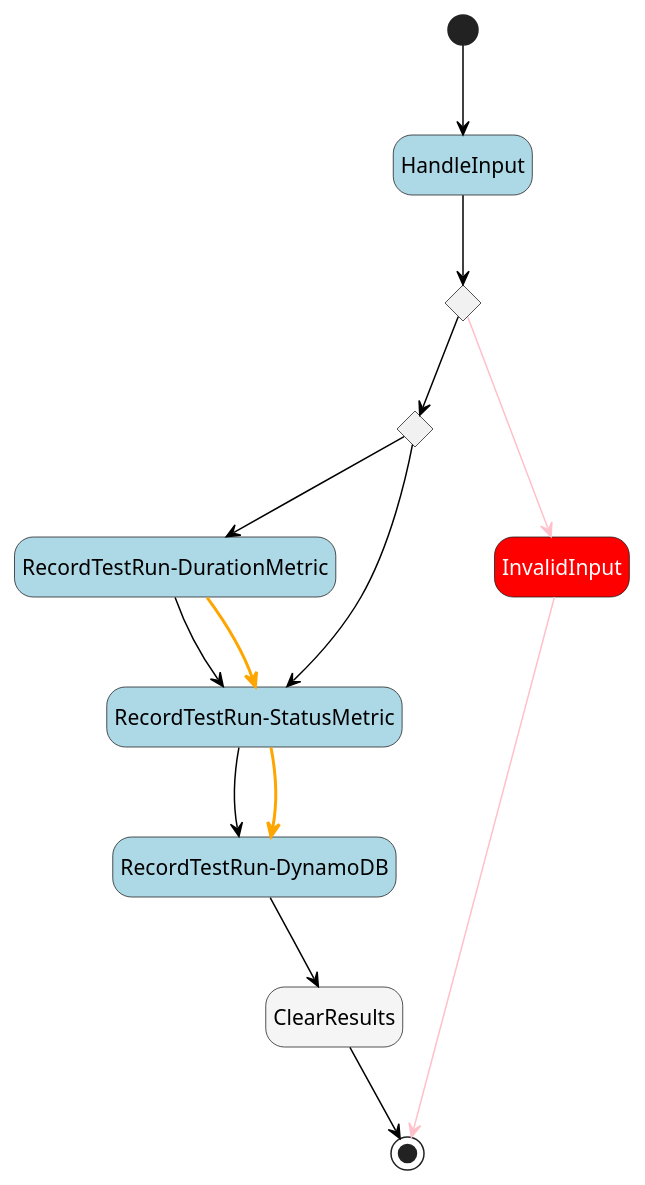
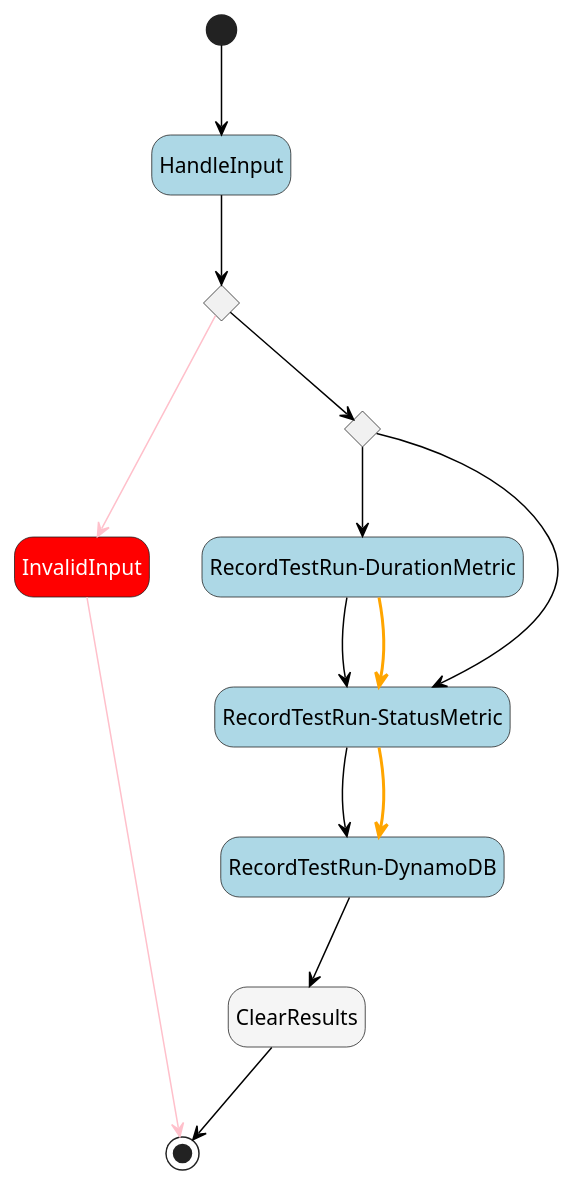
Before and after one commit to massfords/asl-puml: the diagram in src/__tests__/pumls/aws-example-test-result-recorder.asl.puml, drawn with PlantUML. The commit also changed other lines of this file and 10 other files, not shown here.

```diff
--- a/src/__tests__/pumls/aws-example-test-result-recorder.asl.puml
+++ b/src/__tests__/pumls/aws-example-test-result-recorder.asl.puml
@@ -1,40 +1,40 @@
 @startuml
 hide empty description
 skinparam ArrowColor #black
 skinparam state {
 
     BackgroundColor<<Choice>> #whitesmoke
     FontColor<<Choice>> automatic
 
     BackgroundColor<<aslFail>> #red
     FontColor<<aslFail>> automatic
 
     BackgroundColor<<aslPass>> #whitesmoke
     FontColor<<aslPass>> automatic
 
     BackgroundColor<<aslTask>> #lightblue
     FontColor<<aslTask>> automatic
     BackgroundColor<<Compensate>> #orange
 }
+state "ClearResults" as state7<<aslPass>>
+state "ConfirmRequiredData" as state2<<Choice>>
 state "HandleInput" as state1<<aslTask>>
-state "ConfirmRequiredData" as state2<<Choice>>
+state "InvalidInput" as state8<<aslFail>>
+state "RecordTestRun-DurationMetric" as state4<<aslTask>>
+state "RecordTestRun-DynamoDB" as state6<<aslTask>>
+state "RecordTestRun-StatusMetric" as state5<<aslTask>>
 state "WasSuccessOrFailure" as state3<<Choice>>
-state "RecordTestRun-DurationMetric" as state4<<aslTask>>
-state "RecordTestRun-StatusMetric" as state5<<aslTask>>
-state "RecordTestRun-DynamoDB" as state6<<aslTask>>
-state "ClearResults" as state7<<aslPass>>
-state "InvalidInput" as state8<<aslFail>>
 [*] --> state1
 state1 --> state2
 state2 --> state3
 state2 -[#pink]-> state8
 state3 --> state4
 state3 --> state5
 state4 --> state5
 state4 -[bold,#orange]-> state5
 state5 --> state6
 state5 -[bold,#orange]-> state6
 state6 --> state7
 state7 --> [*]
 state8 -[#pink]-> [*]
 @enduml
```
